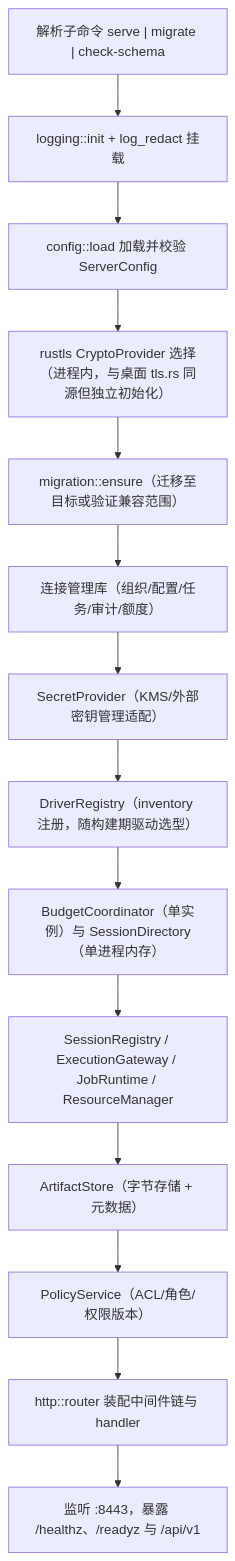
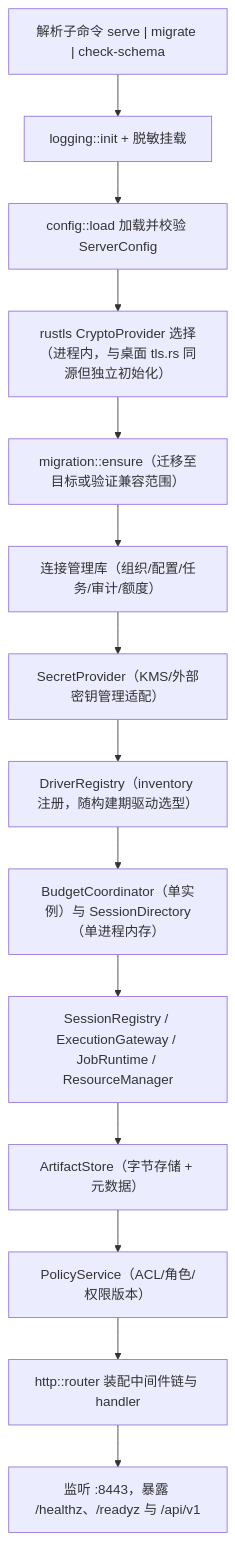
One commit to flyxl/datazen changed the first of 6 diagrams in docs/architecture/platform/team-server-and-auth.md. Above: the diagram before and after it, drawn with Mermaid. The commit also changed other lines of this file and 10 other files, not shown here.

First line of the commit message:
docs: point the architecture docs at the merged layout

````diff
--- a/docs/architecture/platform/team-server-and-auth.md
+++ b/docs/architecture/platform/team-server-and-auth.md
@@ -90,16 +90,16 @@
 ```mermaid
 flowchart TD
-    A["解析子命令 serve | migrate | check-schema"] --> B["logging::init + log_redact 挂载"]
+    A["解析子命令 serve | migrate | check-schema"] --> B["logging::init + 脱敏挂载"]
     B --> C["config::load 加载并校验 ServerConfig"]
     C --> D["rustls CryptoProvider 选择（进程内，与桌面 tls.rs 同源但独立初始化）"]
     D --> E["migration::ensure（迁移至目标或验证兼容范围）"]
     E --> F["连接管理库（组织/配置/任务/审计/额度）"]
     F --> G["SecretProvider（KMS/外部密钥管理适配）"]
     G --> H["DriverRegistry（inventory 注册，随构建期驱动选型）"]
     H --> I["BudgetCoordinator（单实例）与 SessionDirectory（单进程内存）"]
     I --> J["SessionRegistry / ExecutionGateway / JobRuntime / ResourceManager"]
     J --> K["ArtifactStore（字节存储 + 元数据）"]
     K --> L["PolicyService（ACL/角色/权限版本）"]
     L --> M["http::router 装配中间件链与 handler"]
     M --> N["监听 :8443，暴露 /healthz、/readyz 与 /api/v1"]
 ```
````
